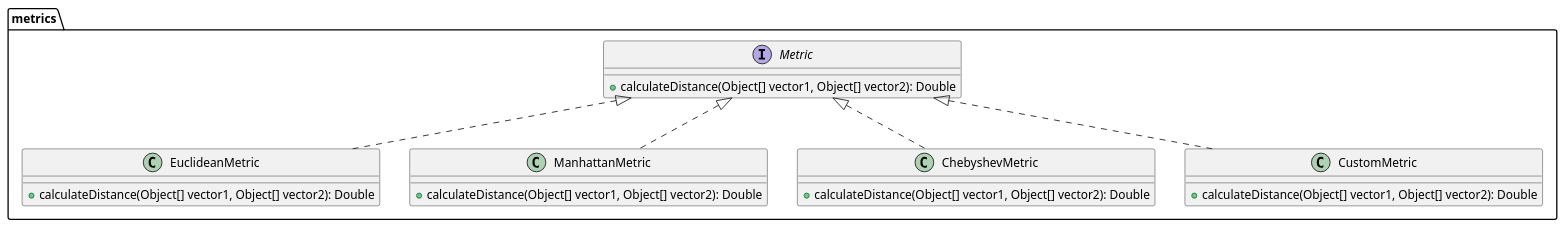
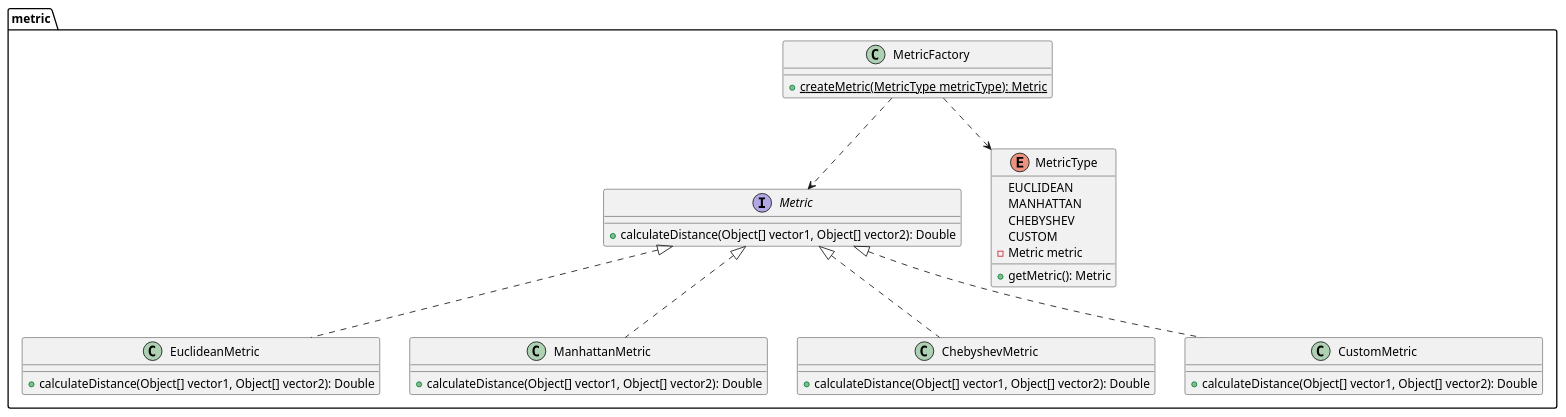
The fifth of 10 diagrams in README.md (kambed/Computer-Recognition-Systems), drawn with PlantUML before and after one commit. The commit also changed other lines of this file, not shown here.

Commit message:
Divide diagrams to packages

````diff
--- a/README.md
+++ b/README.md
@@ -147,19 +219,33 @@
 ```plantuml
-package metrics {
+package metric {
     interface Metric {
         + calculateDistance(Object[] vector1, Object[] vector2): Double
     }
     class EuclideanMetric implements Metric {
         + calculateDistance(Object[] vector1, Object[] vector2): Double
     }
     class ManhattanMetric implements Metric {
         + calculateDistance(Object[] vector1, Object[] vector2): Double
     }
     class ChebyshevMetric implements Metric {
         + calculateDistance(Object[] vector1, Object[] vector2): Double
     }
     class CustomMetric implements Metric {
         + calculateDistance(Object[] vector1, Object[] vector2): Double
     }
+    
+    class MetricFactory {
+        + {static} createMetric(MetricType metricType): Metric
+    }
+    MetricFactory ..> Metric
+    MetricFactory ..> MetricType
+    enum MetricType {
+        EUCLIDEAN
+        MANHATTAN
+        CHEBYSHEV
+        CUSTOM
+        - Metric metric
+        + getMetric(): Metric
+    }
 }
 ```
````
